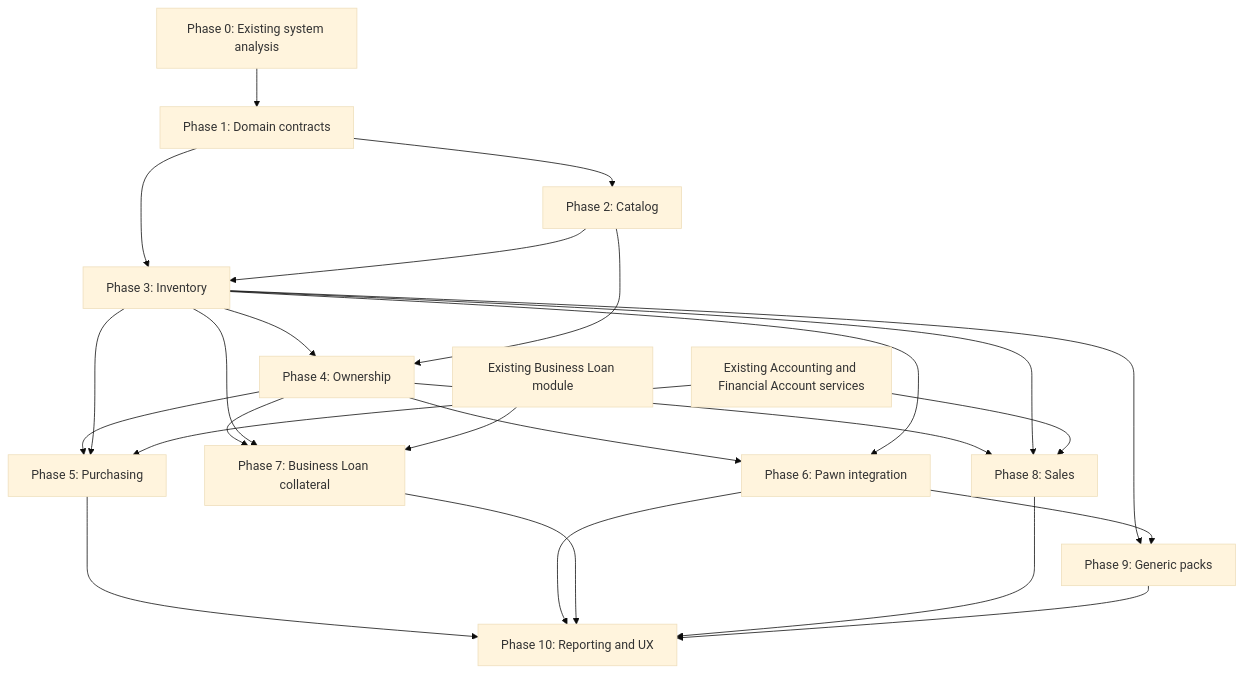
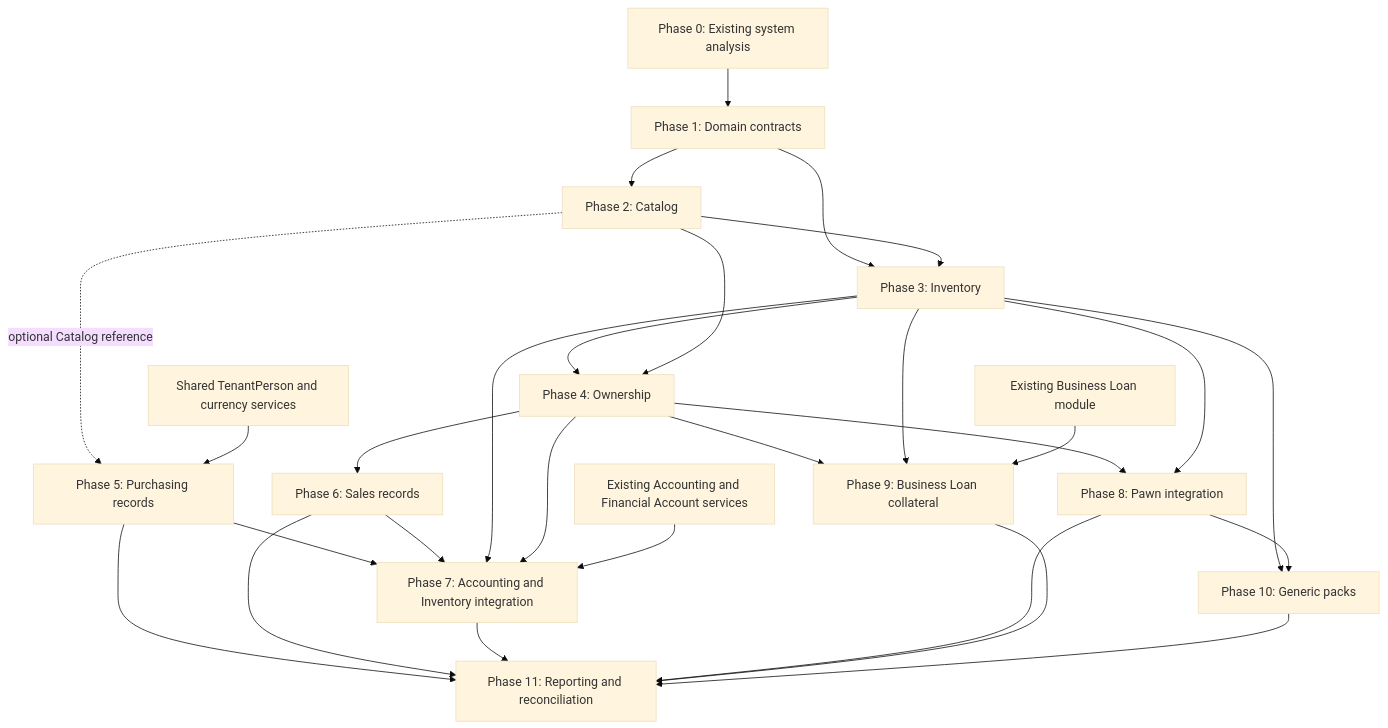
One commit to Roxulia/loanpawn-server changed the diagram in docs/ASSET_INVENTORY_DEVELOPMENT_PLAN.md. Above: the diagram before and after it, drawn with Mermaid (base theme). The commit also changed other lines of this file and 24 other files, not shown here.

Commit message:
feat : added purchasing module related service templates

````diff
--- a/docs/ASSET_INVENTORY_DEVELOPMENT_PLAN.md
+++ b/docs/ASSET_INVENTORY_DEVELOPMENT_PLAN.md
@@ -451,27 +472,30 @@
 ```mermaid
 flowchart TD
     A[Phase 0: Existing system analysis] --> B[Phase 1: Domain contracts]
     B --> C[Phase 2: Catalog]
     B --> D[Phase 3: Inventory]
     C --> D
     D --> E[Phase 4: Ownership]
     C --> E
-    E --> F[Phase 5: Purchasing]
-    D --> F
-    J[Existing Accounting and Financial Account services] --> F
-    E --> G[Phase 6: Pawn integration]
-    D --> G
-    E --> H[Phase 7: Business Loan collateral]
+    C -. optional Catalog reference .-> F[Phase 5: Purchasing records]
+    P[Shared TenantPerson and currency services] --> F
+    E --> G[Phase 6: Sales records]
+    F --> H[Phase 7: Accounting and Inventory integration]
+    G --> H
     D --> H
-    K[Existing Business Loan module] --> H
-    E --> I[Phase 8: Sales]
+    E --> H
+    J[Existing Accounting and Financial Account services] --> H
+    E --> I[Phase 8: Pawn integration]
     D --> I
-    J --> I
-    D --> L[Phase 9: Generic packs]
-    G --> L
-    F --> M[Phase 10: Reporting and UX]
-    G --> M
-    H --> M
+    E --> L[Phase 9: Business Loan collateral]
+    D --> L
+    K[Existing Business Loan module] --> L
+    D --> M[Phase 10: Generic packs]
     I --> M
-    L --> M
+    F --> N[Phase 11: Reporting and reconciliation]
+    G --> N
+    H --> N
+    I --> N
+    L --> N
+    M --> N
 ```
````
